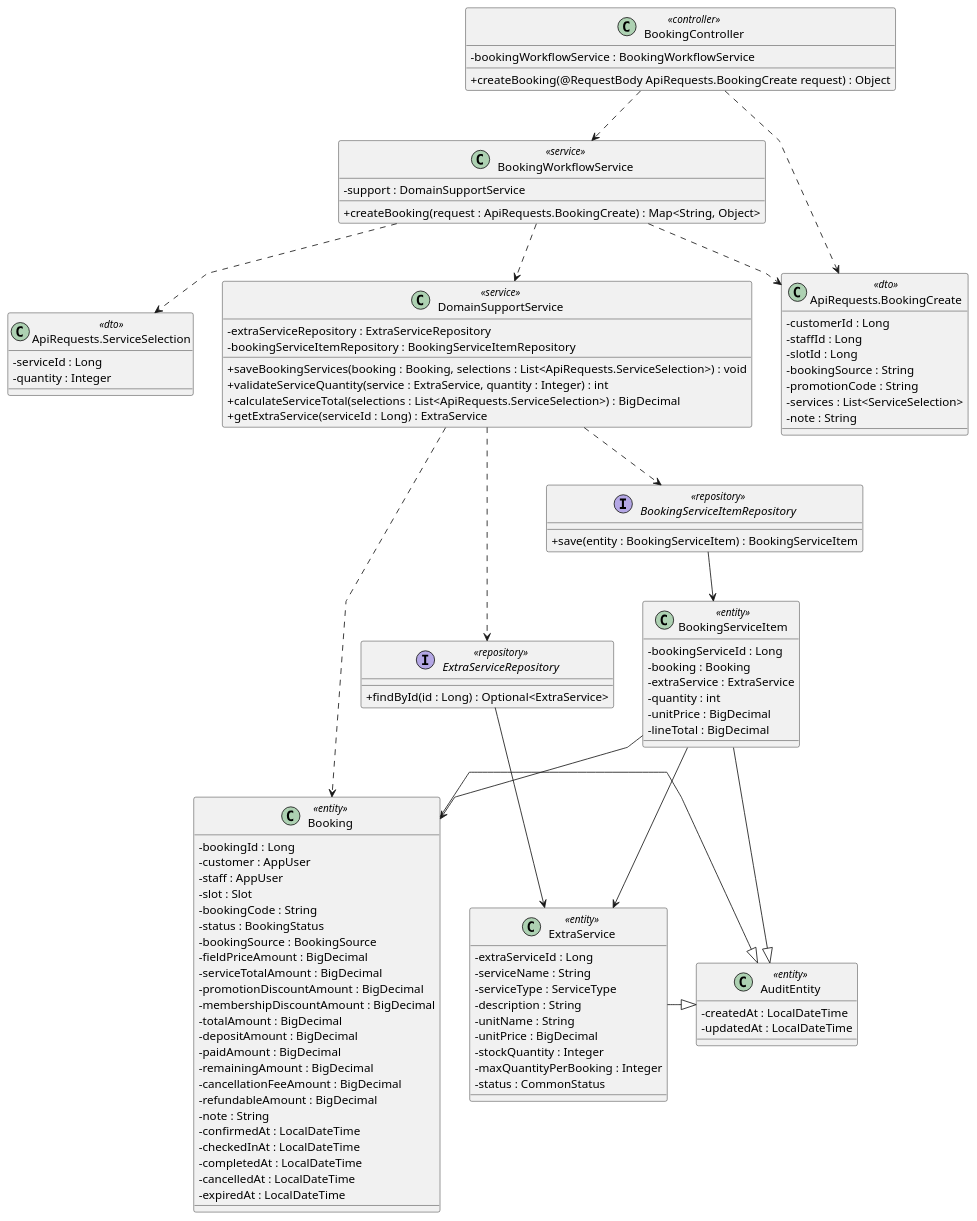
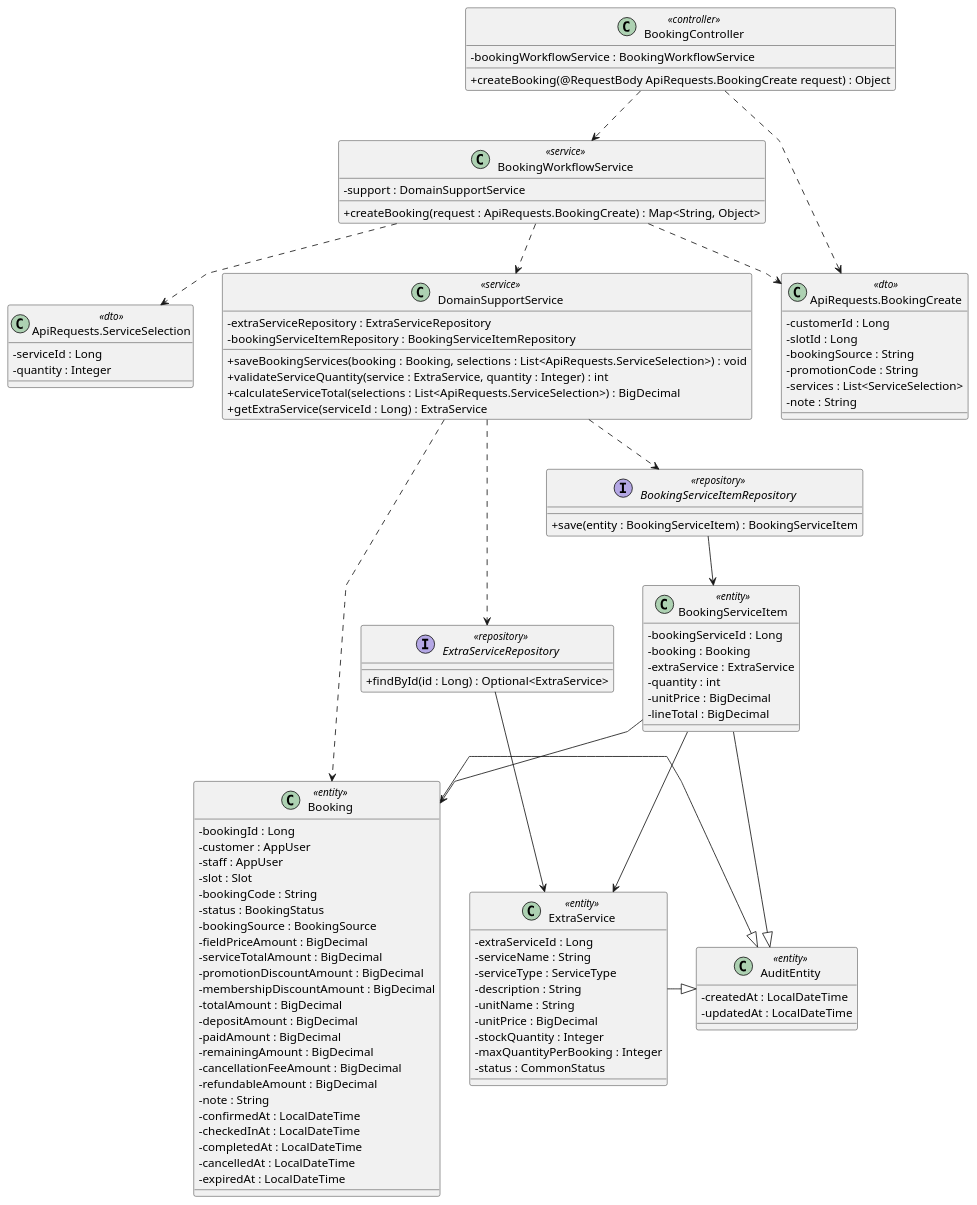
The diagram in docs/Class Diagram/add-extra-services-to-booking.puml (maxwell1904/SWP391_G3), drawn with PlantUML before and after one commit. The commit also changed 292 other files, not shown here.

Commit message:
align retake scope and product flows

```diff
--- a/docs/Class Diagram/add-extra-services-to-booking.puml
+++ b/docs/Class Diagram/add-extra-services-to-booking.puml
@@ -1,120 +1,119 @@
 @startuml
 
 skinparam classAttributeIconSize 0
 skinparam linetype polyline
 
 class BookingController <<controller>> {
     -bookingWorkflowService : BookingWorkflowService
 
     +createBooking(@RequestBody ApiRequests.BookingCreate request) : Object
 }
 
 class BookingWorkflowService <<service>> {
     -support : DomainSupportService
 
     +createBooking(request : ApiRequests.BookingCreate) : Map<String, Object>
 }
 
 class DomainSupportService <<service>> {
     -extraServiceRepository : ExtraServiceRepository
     -bookingServiceItemRepository : BookingServiceItemRepository
 
     +saveBookingServices(booking : Booking, selections : List<ApiRequests.ServiceSelection>) : void
     +validateServiceQuantity(service : ExtraService, quantity : Integer) : int
     +calculateServiceTotal(selections : List<ApiRequests.ServiceSelection>) : BigDecimal
     +getExtraService(serviceId : Long) : ExtraService
 }
 
 class "ApiRequests.BookingCreate" as BookingCreateDTO <<dto>> {
     -customerId : Long
-    -staffId : Long
     -slotId : Long
     -bookingSource : String
     -promotionCode : String
     -services : List<ServiceSelection>
     -note : String
 }
 
 class "ApiRequests.ServiceSelection" as ServiceSelectionDTO <<dto>> {
     -serviceId : Long
     -quantity : Integer
 }
 
 interface BookingServiceItemRepository <<repository>> {
     +save(entity : BookingServiceItem) : BookingServiceItem
 }
 
 interface ExtraServiceRepository <<repository>> {
     +findById(id : Long) : Optional<ExtraService>
 }
 
 class AuditEntity <<entity>> {
     -createdAt : LocalDateTime
     -updatedAt : LocalDateTime
 }
 
 class Booking <<entity>> {
     -bookingId : Long
     -customer : AppUser
     -staff : AppUser
     -slot : Slot
     -bookingCode : String
     -status : BookingStatus
     -bookingSource : BookingSource
     -fieldPriceAmount : BigDecimal
     -serviceTotalAmount : BigDecimal
     -promotionDiscountAmount : BigDecimal
     -membershipDiscountAmount : BigDecimal
     -totalAmount : BigDecimal
     -depositAmount : BigDecimal
     -paidAmount : BigDecimal
     -remainingAmount : BigDecimal
     -cancellationFeeAmount : BigDecimal
     -refundableAmount : BigDecimal
     -note : String
     -confirmedAt : LocalDateTime
     -checkedInAt : LocalDateTime
     -completedAt : LocalDateTime
     -cancelledAt : LocalDateTime
     -expiredAt : LocalDateTime
 }
 
 class BookingServiceItem <<entity>> {
     -bookingServiceId : Long
     -booking : Booking
     -extraService : ExtraService
     -quantity : int
     -unitPrice : BigDecimal
     -lineTotal : BigDecimal
 }
 
 class ExtraService <<entity>> {
     -extraServiceId : Long
     -serviceName : String
     -serviceType : ServiceType
     -description : String
     -unitName : String
     -unitPrice : BigDecimal
     -stockQuantity : Integer
     -maxQuantityPerBooking : Integer
     -status : CommonStatus
 }
 
 ' Relationships
 BookingController ..> BookingWorkflowService
 BookingController ..> BookingCreateDTO
 BookingWorkflowService ..> BookingCreateDTO
 BookingWorkflowService ..> DomainSupportService
 BookingWorkflowService ..> ServiceSelectionDTO
 DomainSupportService ..> ExtraServiceRepository
 DomainSupportService ..> BookingServiceItemRepository
 DomainSupportService ..> Booking
 ExtraServiceRepository --> ExtraService
 BookingServiceItemRepository --> BookingServiceItem
 BookingServiceItem --> Booking
 BookingServiceItem --> ExtraService
 Booking -|> AuditEntity
 BookingServiceItem -|> AuditEntity
 ExtraService -|> AuditEntity
 
 @enduml
```
